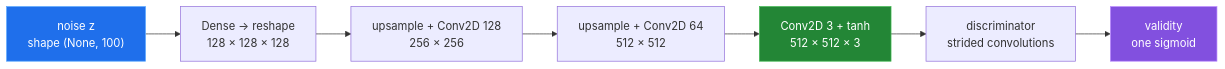
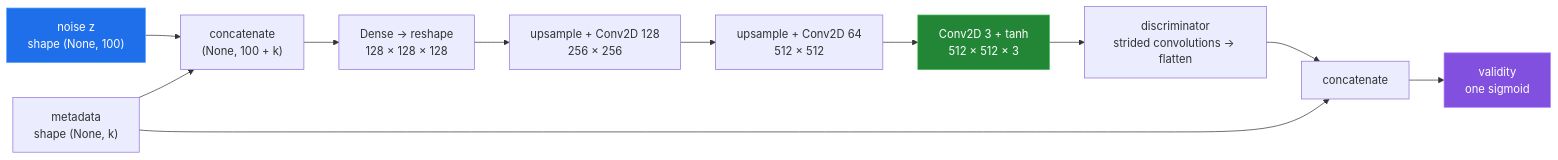
Before and after one commit to Bissbert/GemDiagramAI: the diagram in docs/model.md, drawn with Mermaid. The commit also changed other lines of this file and 8 other files, not shown here.

````diff
--- a/docs/model.md
+++ b/docs/model.md
@@ -11,13 +13,17 @@
 ```mermaid
 flowchart LR
-    Z["noise z<br/>shape (None, 100)"] --> G0["Dense → reshape<br/>128 × 128 × 128"]
+    Z["noise z<br/>shape (None, 100)"] --> C["concatenate<br/>(None, 100 + k)"]
+    M["metadata<br/>shape (None, k)"] --> C
+    C --> G0["Dense → reshape<br/>128 × 128 × 128"]
     G0 --> G1["upsample + Conv2D 128<br/>256 × 256"]
     G1 --> G2["upsample + Conv2D 64<br/>512 × 512"]
     G2 --> OUT["Conv2D 3 + tanh<br/>512 × 512 × 3"]
-    OUT --> D0["discriminator<br/>strided convolutions"]
-    D0 --> V["validity<br/>one sigmoid"]
+    OUT --> D0["discriminator<br/>strided convolutions → flatten"]
+    M --> DC["concatenate"]
+    D0 --> DC
+    DC --> V["validity<br/>one sigmoid"]
 
     style Z fill:#1f6feb,stroke:#58a6ff,color:#fff
     style OUT fill:#238636,stroke:#3fb950,color:#fff
     style V fill:#8250df,stroke:#bc8cff,color:#fff
 ```
````
